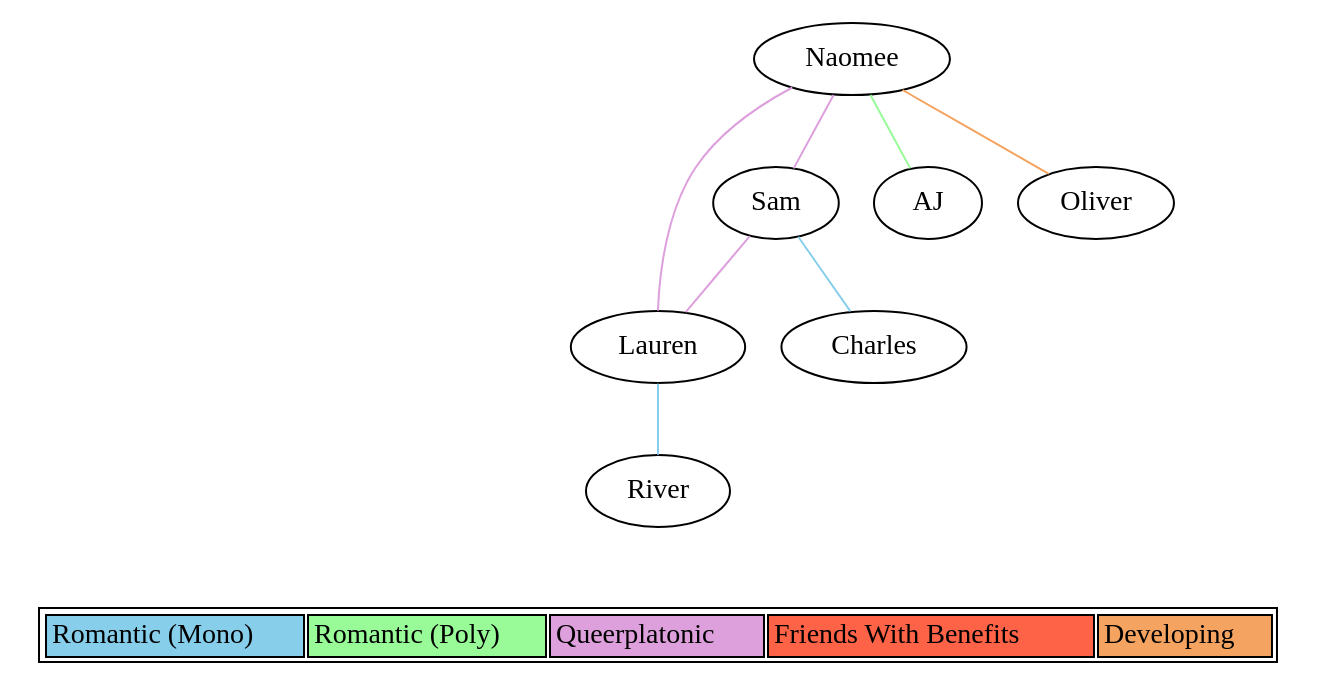
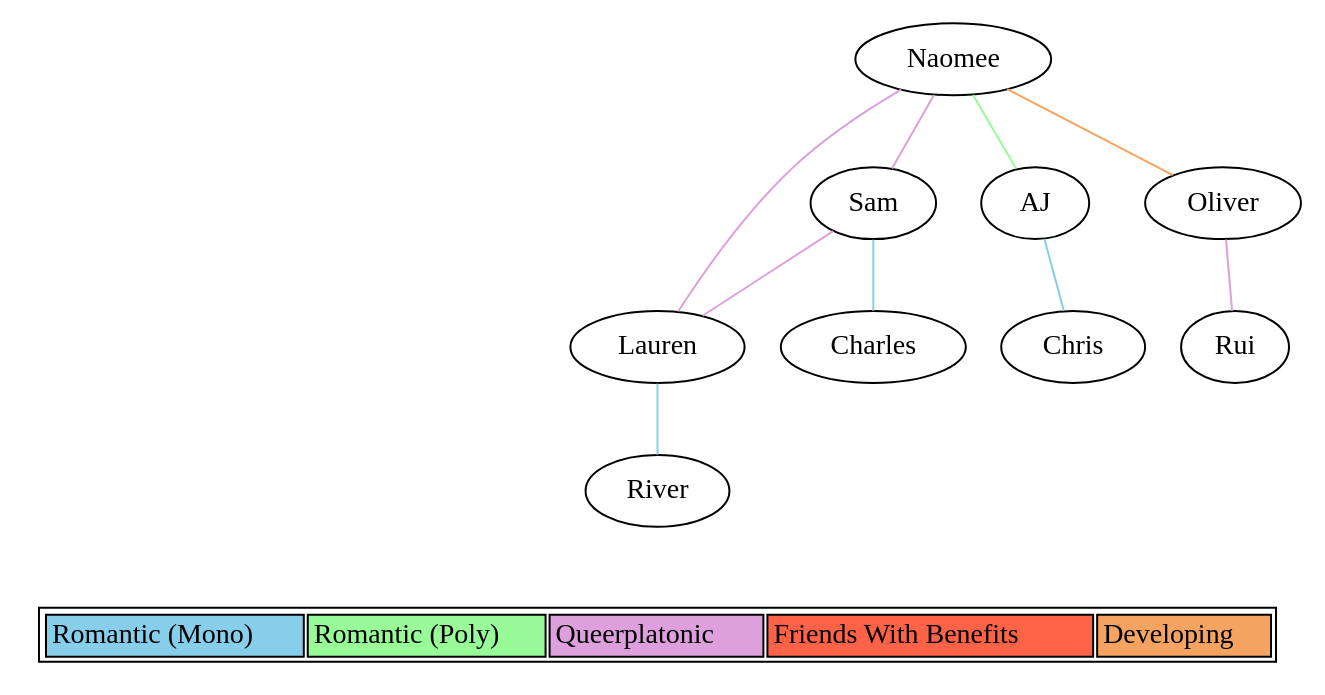
The diagram in share/polycule.dot (naeomees/CuddleCouncil), drawn with Graphviz before and after one commit.

Commit message:
Added AJ's and Oliver's partners to share/polycule.dot.

```diff
--- a/share/polycule.dot
+++ b/share/polycule.dot
@@ -1,29 +1,33 @@
 graph polycule {
   naomee [label="Naomee"]
   sam [label="Sam"]
   lauren [label="Lauren"]
   charles [label="Charles"]
   river [label="River"]
   aj [label="AJ"]
+  chris [label="Chris"]
   oliver [label="Oliver"]
+  rui [label="Rui"]
   naomee -- sam [color=plum]
   naomee -- lauren [color=plum]
   sam -- lauren [color=plum]
   sam -- charles [color=skyblue]
   lauren -- river [color=skyblue]
   naomee -- aj [color=palegreen]
+  aj -- chris [color=skyblue]
   naomee -- oliver [color=sandybrown]
+  oliver -- rui [color=plum]
   { rank = sink;
     Legend [shape=none, label=<
       <table>
         <tr>
           <td class="relRomoMono" bgcolor="skyblue">Romantic (Mono)</td>
           <td class="relRomoPoly" bgcolor="palegreen">Romantic (Poly)</td>
           <td class="relQPR" bgcolor="plum">Queerplatonic</td>
           <td class="relFWB" bgcolor="tomato">Friends With Benefits</td>
           <td class="relDev" bgcolor="sandybrown">Developing</td>
         </tr>
       </table>
     >];
   }
 }
```
